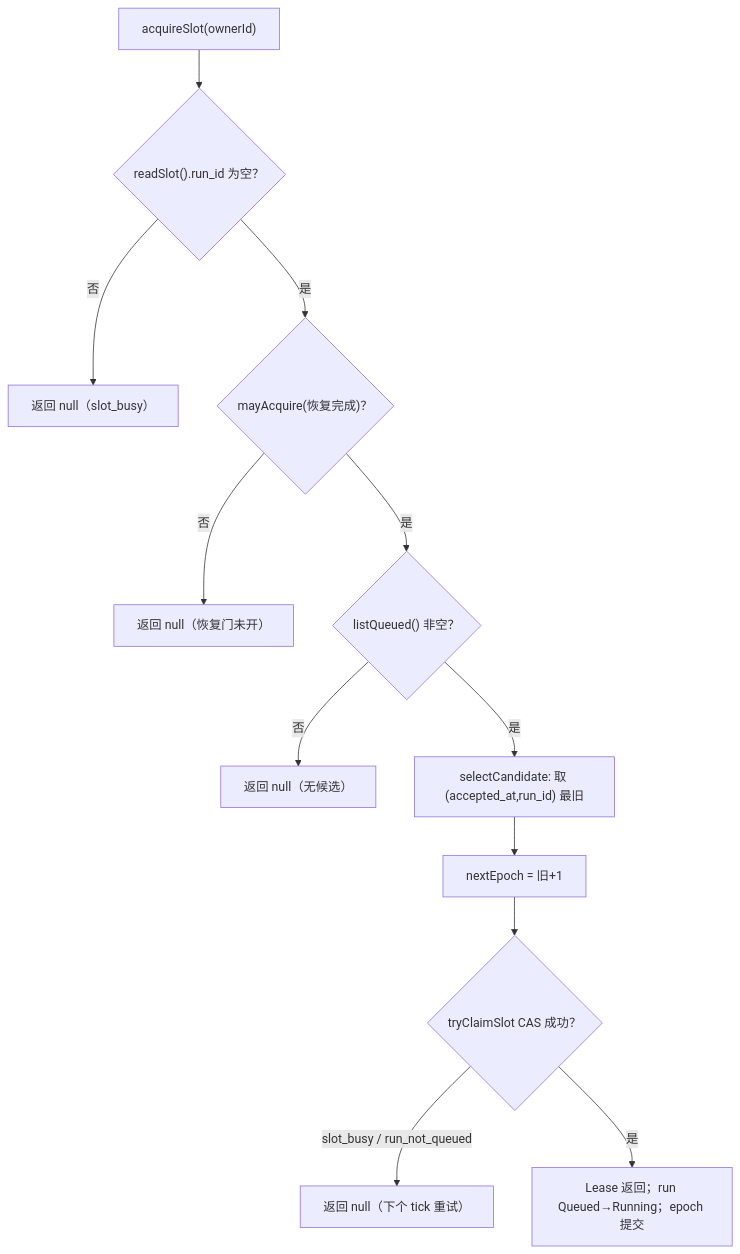
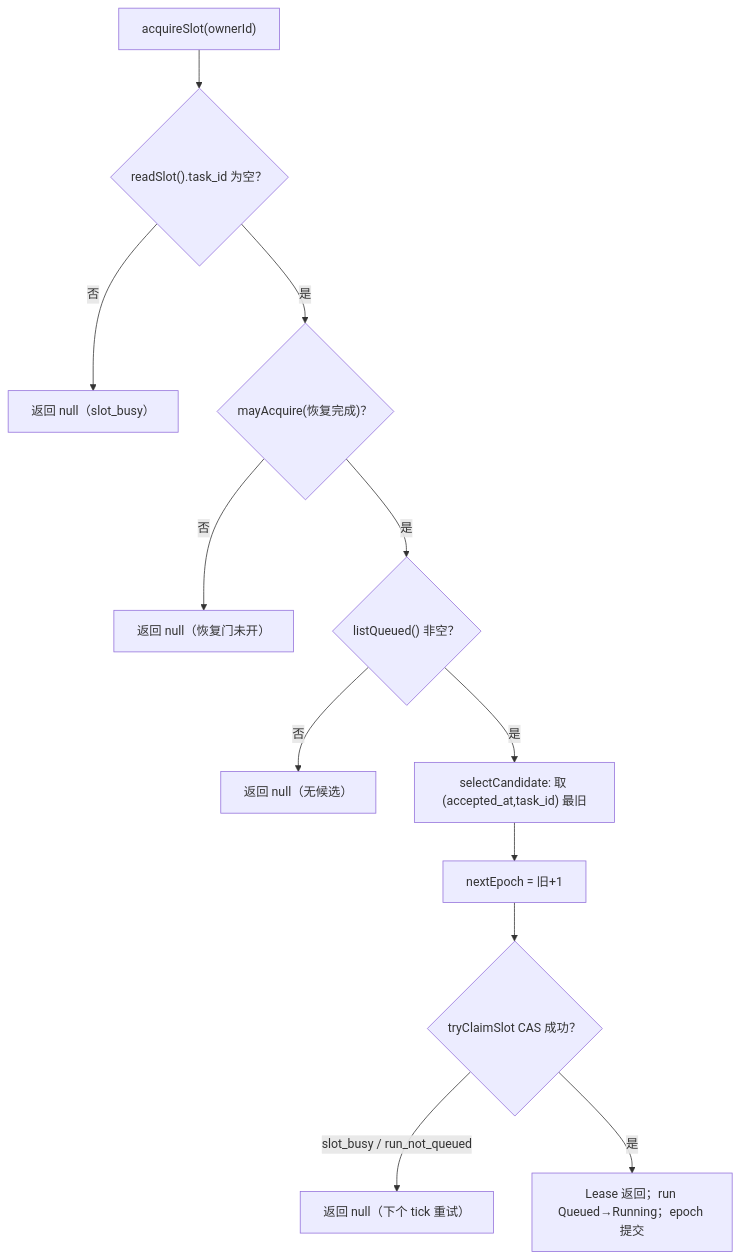
One commit to corezilla/piko changed the fourth of 6 diagrams in docs/40_module_design/piko-scheduler-design.md. Above: the diagram before and after it, drawn with Mermaid. The commit also changed other lines of this file and 86 other files, not shown here.

````diff
--- a/docs/40_module_design/piko-scheduler-design.md
+++ b/docs/40_module_design/piko-scheduler-design.md
@@ -495,14 +496,14 @@
 ```mermaid
 flowchart TD
-    A["acquireSlot(ownerId)"] --> B{"readSlot().run_id 为空？"}
+    A["acquireSlot(ownerId)"] --> B{"readSlot().task_id 为空？"}
     B -->|否| Z["返回 null（slot_busy）"]
     B -->|是| C{"mayAcquire(恢复完成)？"}
     C -->|否| Z2["返回 null（恢复门未开）"]
     C -->|是| D{"listQueued() 非空？"}
     D -->|否| Z3["返回 null（无候选）"]
-    D -->|是| E["selectCandidate: 取 (accepted_at,run_id) 最旧"]
+    D -->|是| E["selectCandidate: 取 (accepted_at,task_id) 最旧"]
     E --> F["nextEpoch = 旧+1"]
     F --> G{"tryClaimSlot CAS 成功？"}
     G -->|slot_busy / run_not_queued| Z4["返回 null（下个 tick 重试）"]
     G -->|是| H["Lease 返回；run Queued→Running；epoch 提交"]
 ```
````
